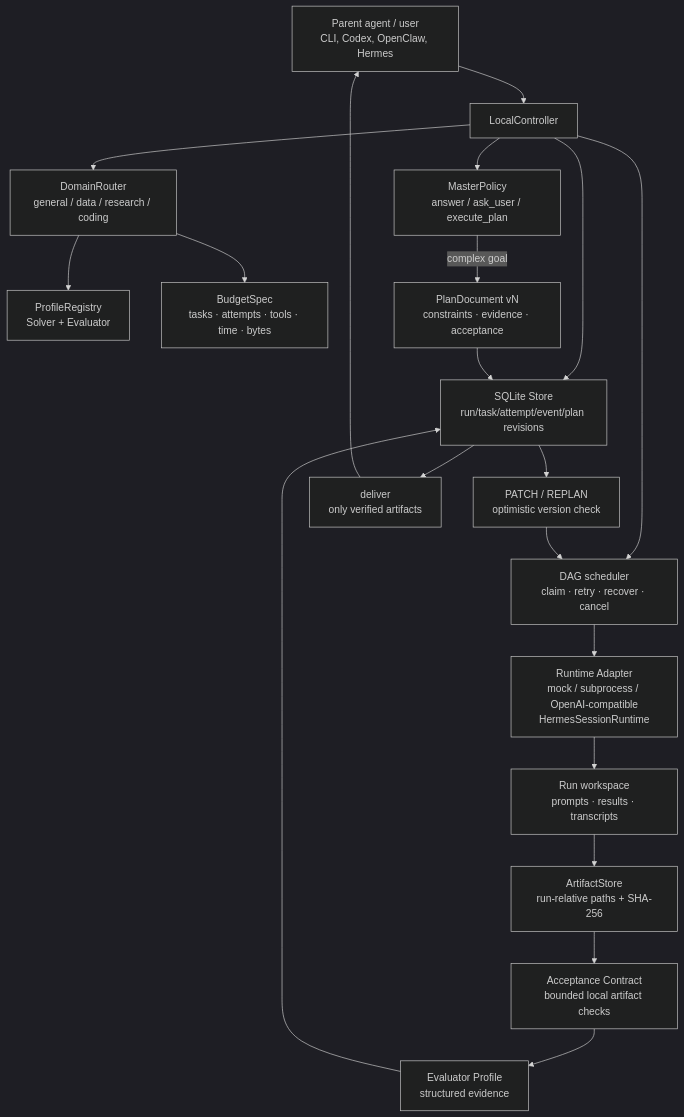
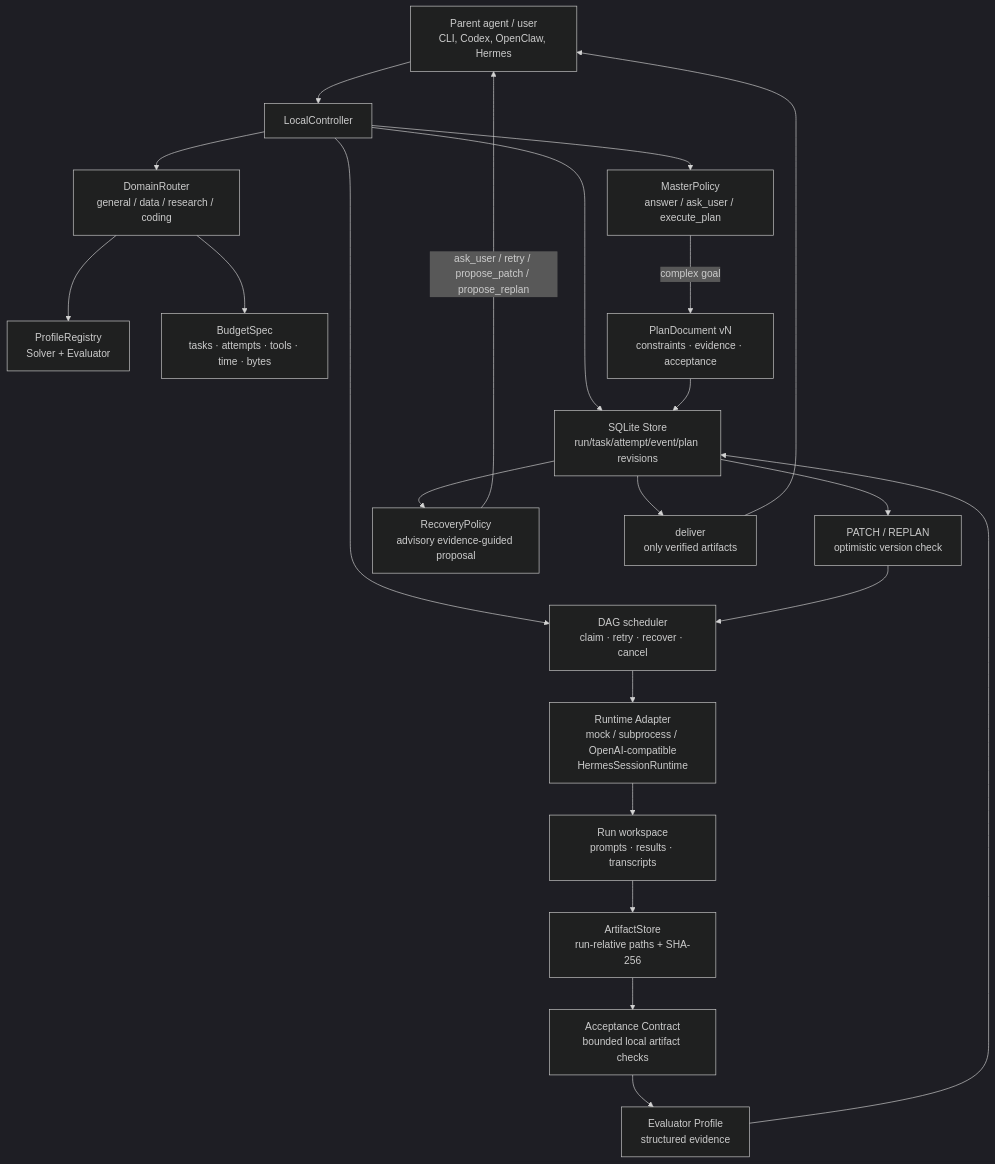
One commit to vchive/Lunar-Agent changed the diagram in docs/architecture.md. Above: the diagram before and after it, drawn with Mermaid (dark theme). The commit also changed other lines of this file and 13 other files, not shown here.

Commit message:
feat: add evidence-guided recovery proposals

````diff
--- a/docs/architecture.md
+++ b/docs/architecture.md
@@ -8,22 +8,24 @@
 ```mermaid
 flowchart TD
     P[Parent agent / user\nCLI, Codex, OpenClaw, Hermes] --> C[LocalController]
     C --> R[DomainRouter\ngeneral / data / research / coding]
     R --> PR[ProfileRegistry\nSolver + Evaluator]
     R --> B[BudgetSpec\ntasks · attempts · tools · time · bytes]
     C --> M[MasterPolicy\nanswer / ask_user / execute_plan]
     M -->|complex goal| PD[PlanDocument vN\nconstraints · evidence · acceptance]
     C --> S[SQLite Store\nrun/task/attempt/event/plan revisions]
     PD --> S
     C --> D[DAG scheduler\nclaim · retry · recover · cancel]
     D --> A[Runtime Adapter\nmock / subprocess / OpenAI-compatible\nHermesSessionRuntime]
     A --> W[Run workspace\nprompts · results · transcripts]
     W --> AS[ArtifactStore\nrun-relative paths + SHA-256]
     AS --> AC[Acceptance Contract\nbounded local artifact checks]
     AC --> E[Evaluator Profile\nstructured evidence]
     E --> S
     S --> V[PATCH / REPLAN\noptimistic version check]
     V --> D
+    S --> RP[RecoveryPolicy\nadvisory evidence-guided proposal]
+    RP -->|ask_user / retry / propose_patch / propose_replan| P
     S --> DL[deliver\nonly verified artifacts]
     DL --> P
 ```
````
